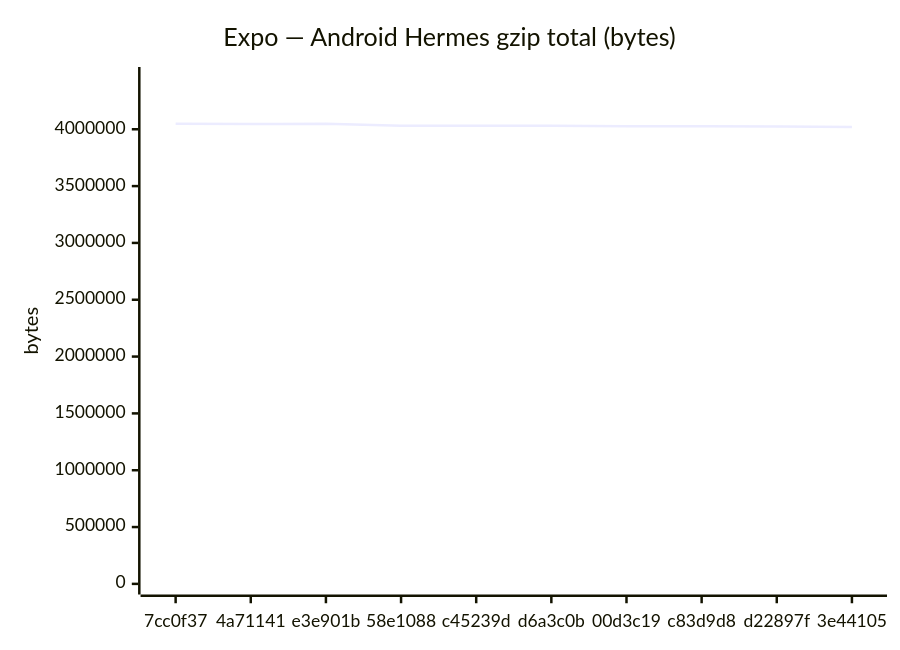
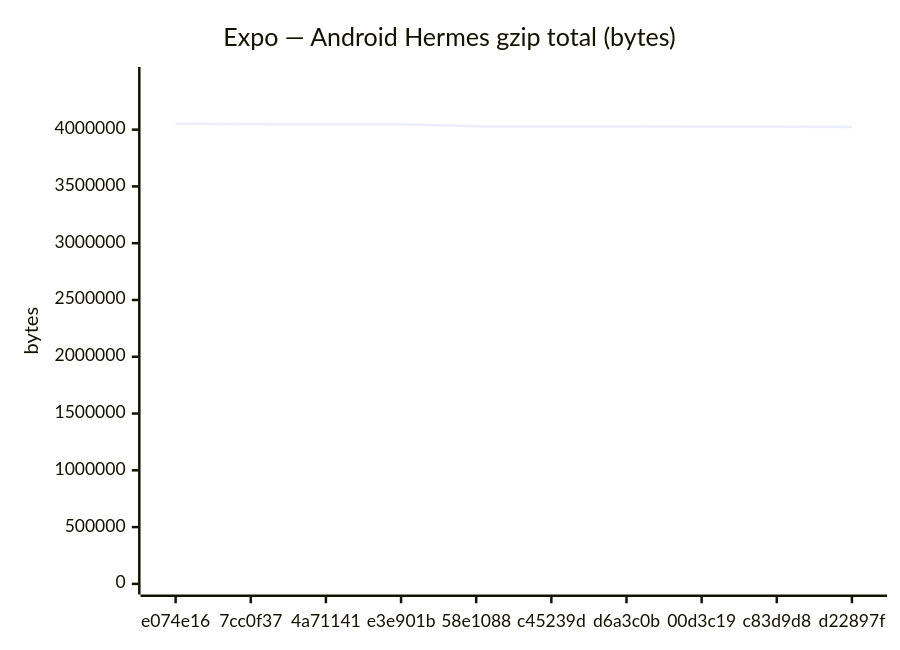
One commit to Metaheurist/Rianell changed the fifth of 18 diagrams in benchmarks/compare.md. Above: the diagram before and after it, drawn with Mermaid. The commit also changed other lines of this file and 11 other files, not shown here.

````diff
--- a/benchmarks/compare.md
+++ b/benchmarks/compare.md
@@ -89,7 +89,7 @@
 ```mermaid
 xychart-beta
     title "Expo — Android Hermes gzip total (bytes)"
-    x-axis ["7cc0f37", "4a71141", "e3e901b", "58e1088", "c45239d", "d6a3c0b", "00d3c19", "c83d9d8", "d22897f", "3e44105"]
-    y-axis "bytes" 0 --> 4454393
-    line [4049448, 4046554, 4048091, 4030638, 4030634, 4030639, 4025609, 4026084, 4023969, 4020690]
+    x-axis ["e074e16", "7cc0f37", "4a71141", "e3e901b", "58e1088", "c45239d", "d6a3c0b", "00d3c19", "c83d9d8", "d22897f"]
+    y-axis "bytes" 0 --> 4458095
+    line [4052813, 4049448, 4046554, 4048091, 4030638, 4030634, 4030639, 4025609, 4026084, 4023969]
 ```
````
